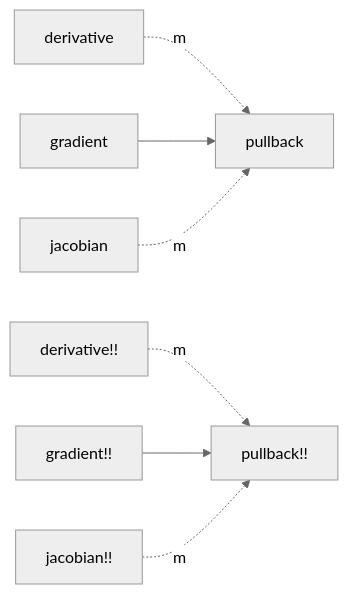
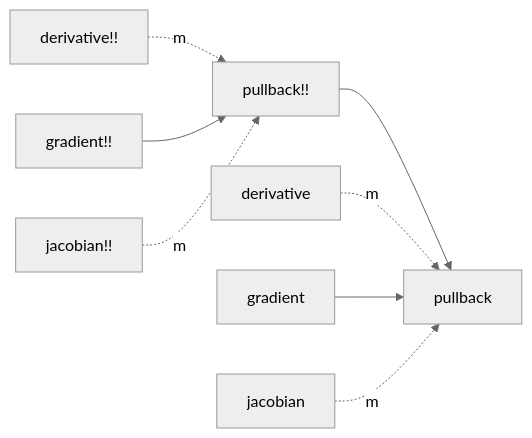
One commit to gdalle/DifferentiationInterface.jl changed the second of 2 diagrams in docs/src/developer.md. Above: the diagram before and after it, drawn with Mermaid (neutral theme). The commit also changed other lines of this file and 30 other files, not shown here.

````diff
--- a/docs/src/developer.md
+++ b/docs/src/developer.md
@@ -41,9 +42,10 @@
 ```mermaid
 flowchart LR
+    pullback!! --> pullback
     derivative .-> |m|pullback
     derivative!! .-> |m|pullback!!
     gradient --> pullback
     gradient!! --> pullback!!
     jacobian .-> |m|pullback
     jacobian!! .-> |m|pullback!!
 ```
````
